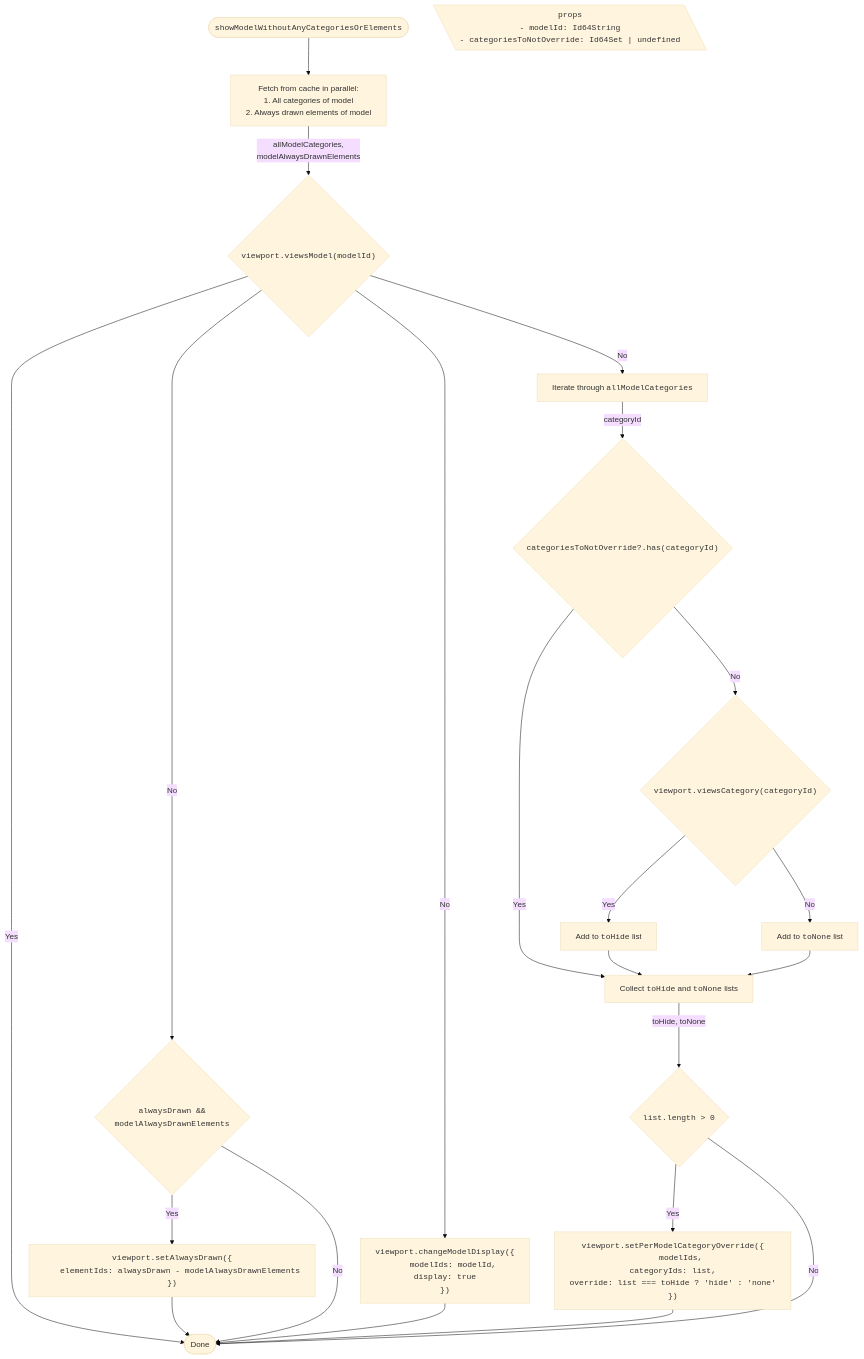
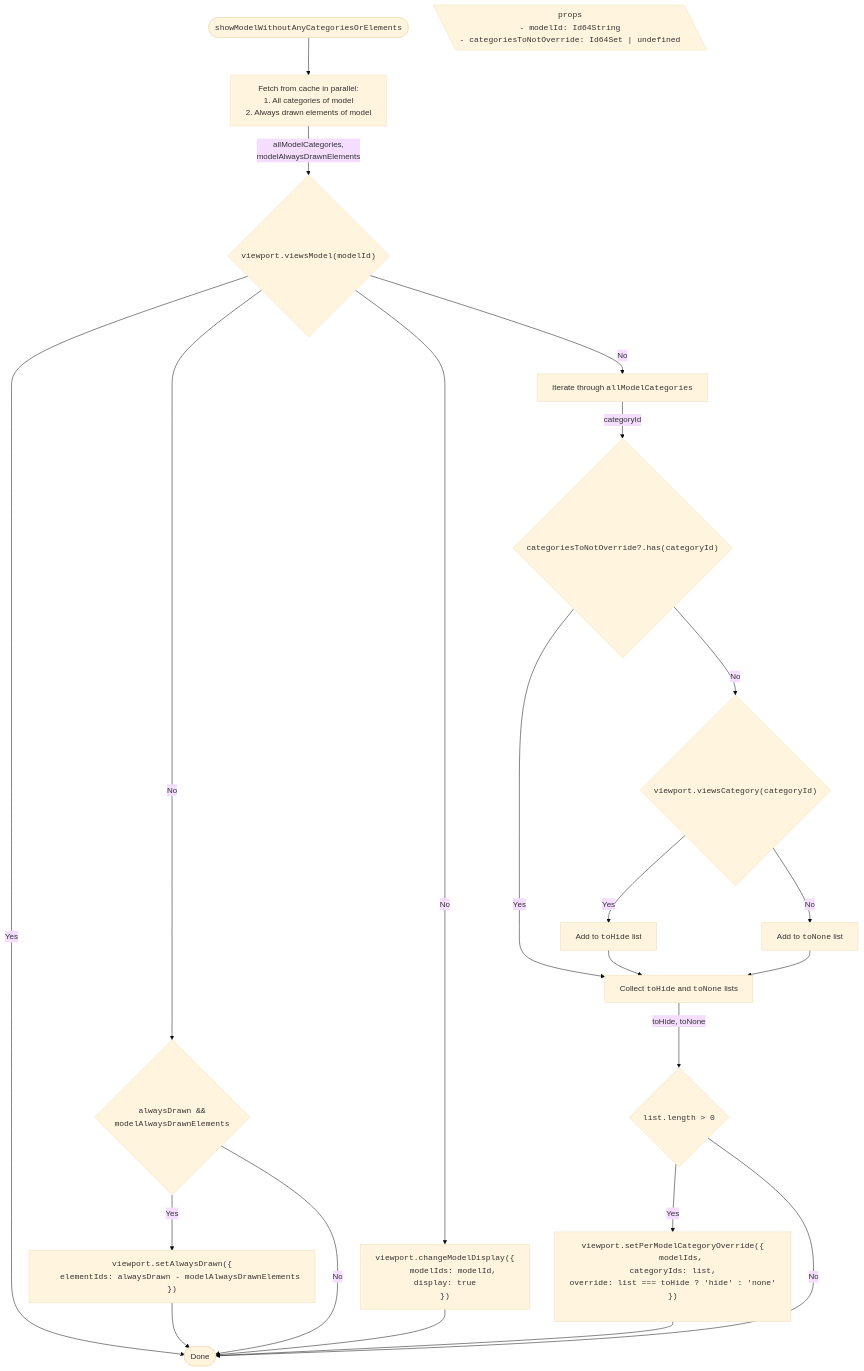
One commit to iTwin/viewer-components-react changed diagram 12 of 14 in packages/itwin/tree-widget/docs/SharedVisibilityHandling.md. Above: the diagram before and after it, drawn with Mermaid (base theme). The commit also changed other lines of this file, not shown here.

Commit message:
Wrap in code and adjust placement

````diff
--- a/packages/itwin/tree-widget/docs/SharedVisibilityHandling.md
+++ b/packages/itwin/tree-widget/docs/SharedVisibilityHandling.md
@@ -775,58 +772,60 @@
 ```mermaid
 ---
 config:
   flowchart:
     wrappingWidth: 750
     useMaxWidth: false
 ---
 
 flowchart TD
   RESULT_Done([Done])
 
   %% Start
   TITLE(["<code>showModelWithoutAnyCategoriesOrElements</code>"]) --> A["Fetch from cache in parallel:<br/>1. All categories of model<br/>2. Always drawn elements of model"]
 
   PROPS[\"
     <code>props</code>
     <code style='text-align: left;'>- modelId: Id64String<br/> - categoriesToNotOverride: Id64Set | undefined</code>
   "\]
 
   A -- "allModelCategories,<br/>modelAlwaysDrawnElements" --> B{"<code>viewport.viewsModel(modelId)</code>"}
 
   %% Early return
   B -- Yes --> RESULT_Done
 
   %% Main flow
   B -- No --> C{"<code>alwaysDrawn &&  <br/> modelAlwaysDrawnElements </code>"}
   C -- Yes --> C1["<code style='text-align: left;'>viewport.setAlwaysDrawn({
     <code style='padding-left: 2rem'>elementIds: alwaysDrawn - modelAlwaysDrawnElements</code>
   })</code>"]
   C -- No --> RESULT_Done
   B -- No -->  D["<code style='text-align: left;'>viewport.changeModelDisplay({
     <code style='padding-left: 2rem'>modelIds: modelId,
     display: true</code>
   })</code>"]
 
   B -- No --> E["Iterate through <code>allModelCategories</code>"]
   E -- categoryId --> G{"<code>categoriesToNotOverride?.has(categoryId)</code>"}
 
   G -- Yes --> K["Collect <code>toHide</code> and <code>toNone</code> lists"]
   G -- No --> H{"<code>viewport.viewsCategory(categoryId)</code>"}
 
   H -- Yes --> I1["Add to <code>toHide</code> list"]
   H -- No --> I2["Add to <code>toNone</code> list"]
 
   I1 --> K
   I2 --> K
   K -- toHide, toNone --> J{"<code>list.length > 0 </code>"}
-  J -- Yes --> J1["<code style='text-align: left;'>viewport.setPerModelCategoryOverride({
+  J -- Yes --> J1["<code style='text-align: left'>viewport.setPerModelCategoryOverride({
   <code style='padding-left: 2rem'>modelIds,
   categoryIds: list,
   override: list === toHide ? 'hide' : 'none'</code>
-  })</code>"]
+  })</code>
+  <br/>
+  "]
   J -- No --> RESULT_Done
 
   C1 --> RESULT_Done
   D --> RESULT_Done
   J1 --> RESULT_Done
 ```
````
